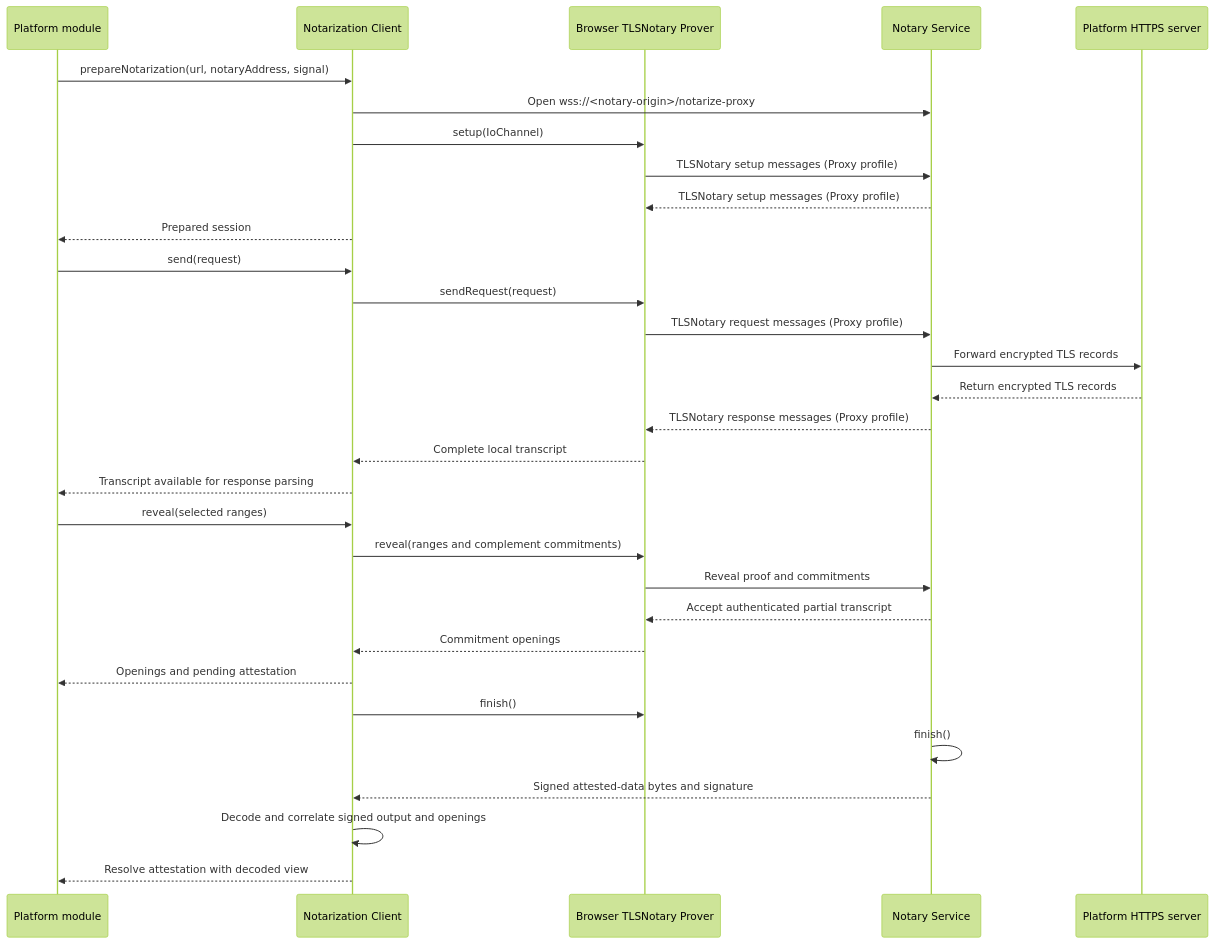
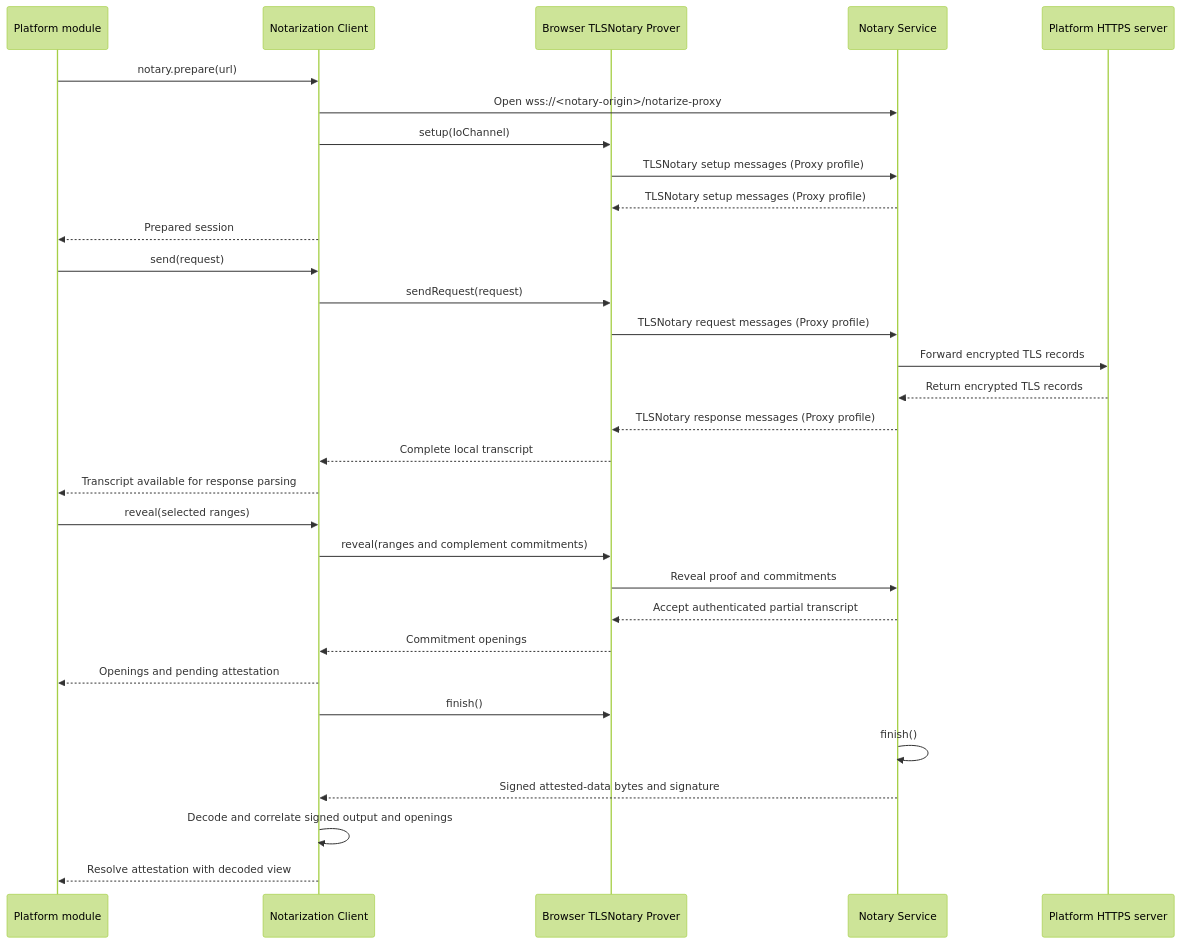
Before and after one commit to libid-org/libid: the diagram in ts/packages/ceremony/docs/notarization.md, drawn with Mermaid (forest theme). The commit also changed other lines of this file and 11 other files, not shown here.

````diff
--- a/ts/packages/ceremony/docs/notarization.md
+++ b/ts/packages/ceremony/docs/notarization.md
@@ -306,34 +308,34 @@
 ```mermaid
 sequenceDiagram
     participant M as Platform module
     participant T as Notarization Client
     participant W as Browser TLSNotary Prover
     participant N as Notary Service
     participant P as Platform HTTPS server
 
-    M->>T: prepareNotarization(url, notaryAddress, signal)
+    M->>T: notary.prepare(url)
     T->>N: Open wss://<notary-origin>/notarize-proxy
     T->>W: setup(IoChannel)
     W->>N: TLSNotary setup messages (Proxy profile)
     N-->>W: TLSNotary setup messages (Proxy profile)
     T-->>M: Prepared session
     M->>T: send(request)
     T->>W: sendRequest(request)
     W->>N: TLSNotary request messages (Proxy profile)
     N->>P: Forward encrypted TLS records
     P-->>N: Return encrypted TLS records
     N-->>W: TLSNotary response messages (Proxy profile)
     W-->>T: Complete local transcript
     T-->>M: Transcript available for response parsing
     M->>T: reveal(selected ranges)
     T->>W: reveal(ranges and complement commitments)
     W->>N: Reveal proof and commitments
     N-->>W: Accept authenticated partial transcript
     W-->>T: Commitment openings
     T-->>M: Openings and pending attestation
     T->>W: finish()
     N->>N: finish()
     N-->>T: Signed attested-data bytes and signature
     T->>T: Decode and correlate signed output and openings
     T-->>M: Resolve attestation with decoded view
 ```
````
